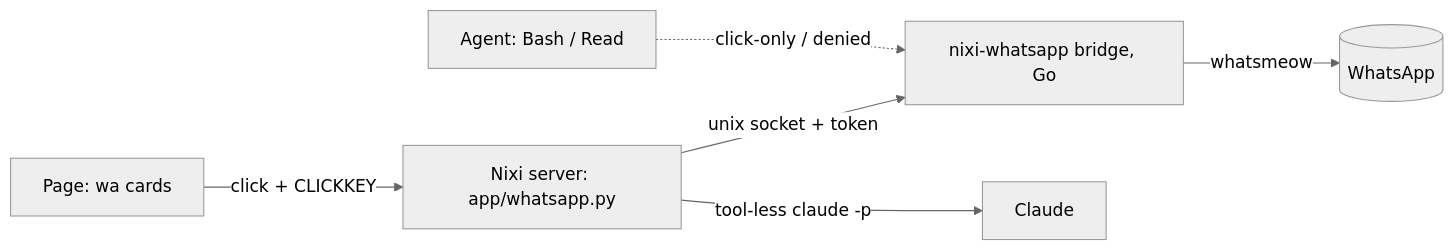
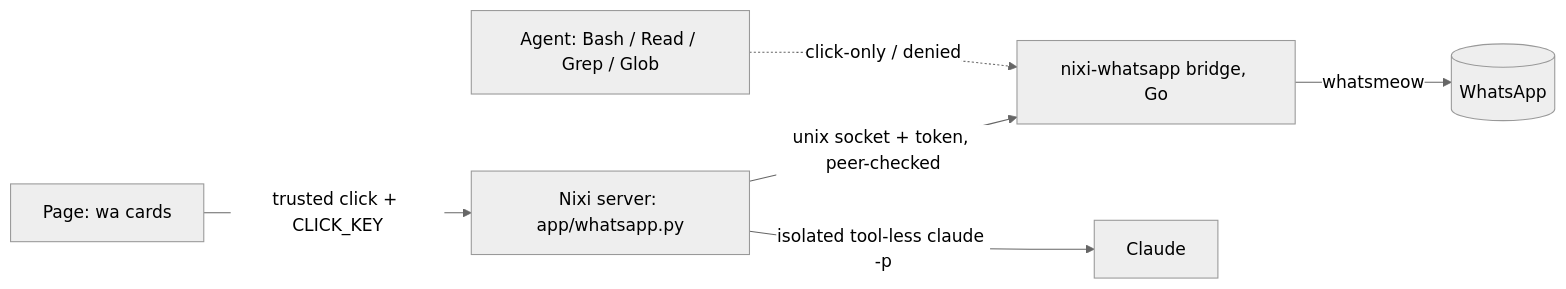
Before and after one commit to olafkfreund/nixoarchy-snowflake: the diagram in spec/2026-11-26-126-whatsapp.md, drawn with Mermaid (neutral theme). The commit also changed other lines of this file, not shown here.

First line of the commit message:
docs(spec): revise 2026-11-26-126-whatsapp after Codex and agy review (#126)

````diff
--- a/spec/2026-11-26-126-whatsapp.md
+++ b/spec/2026-11-26-126-whatsapp.md
@@ -23,8 +23,8 @@
 ```mermaid
 flowchart LR
-  P[Page: wa cards] -- click + CLICKKEY --> S[Nixi server: app/whatsapp.py]
-  S -- unix socket + token --> B[nixi-whatsapp bridge, Go]
+  P[Page: wa cards] -- trusted click + CLICK_KEY --> S[Nixi server: app/whatsapp.py]
+  S -- unix socket + token, peer-checked --> B[nixi-whatsapp bridge, Go]
   B -- whatsmeow --> W[(WhatsApp)]
-  S -- tool-less claude -p --> C[Claude]
-  A[Agent: Bash / Read] -. click-only / denied .-> B
+  S -- isolated tool-less claude -p --> C[Claude]
+  A[Agent: Bash / Read / Grep / Glob] -. click-only / denied .-> B
 ```
````
